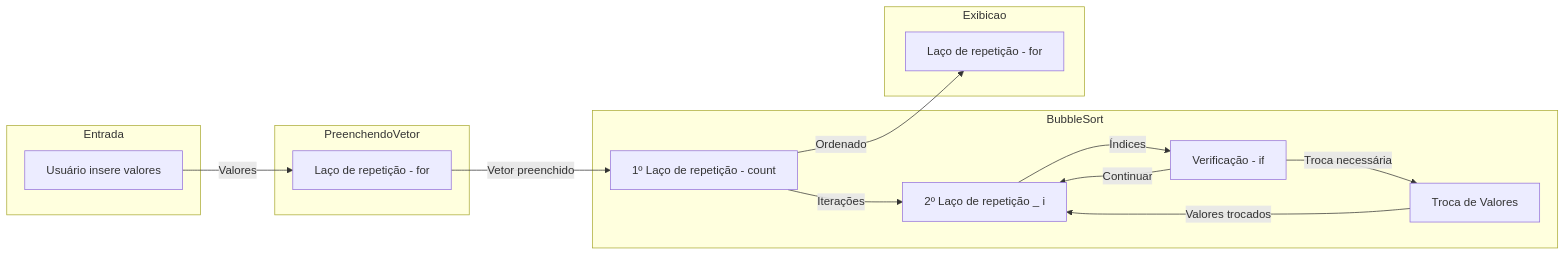
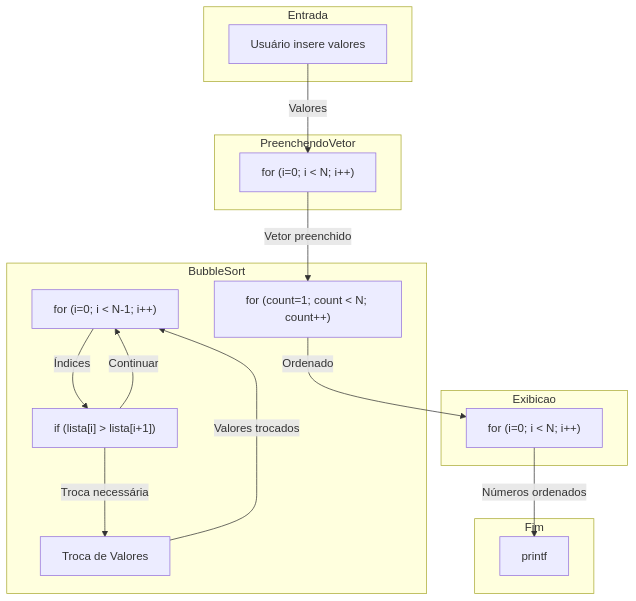
The diagram in Programas Básicos em C/Algoritmos.c/Readme.md (Daniel-Gehlen/CProgrammingProjects), drawn with Mermaid before and after one commit. The commit also changed 37 other files, not shown here.

````diff
--- a/Programas Básicos em C/Algoritmos.c/Readme.md
+++ b/Programas Básicos em C/Algoritmos.c/Readme.md
@@ -1,34 +1,40 @@
 ```mermaid
 
-flowchart LR
+graph TD
     subgraph Entrada
         A[Usuário insere valores]
     end
 
     subgraph PreenchendoVetor
-        B[Laço de repetição - for]
+        B["for (i=0; i < N; i++)"]
     end
 
     subgraph BubbleSort
-        C[1º Laço de repetição - count]
-        D[2º Laço de repetição _ i]
-        E[Verificação - if]
+        C["for (count=1; count < N; count++)"]
+        D["for (i=0; i < N-1; i++)"]
+        E["if (lista[i] > lista[i+1])"]
         F[Troca de Valores]
     end
 
     subgraph Exibicao
-        G[Laço de repetição - for]
+        G["for (i=0; i < N; i++)"]
+    end
+
+    subgraph Fim
+        H[printf]
     end
 
     A -->|Valores| B
     B -->|Vetor preenchido| C
-    C -->|Iterações| D
     D -->|Índices| E
     E -->|Troca necessária| F
     F -->|Valores trocados| D
     E -->|Continuar| D
     C -->|Ordenado| G
+    G -->|Números ordenados| H
+
+
 
 
 
 ```
````
